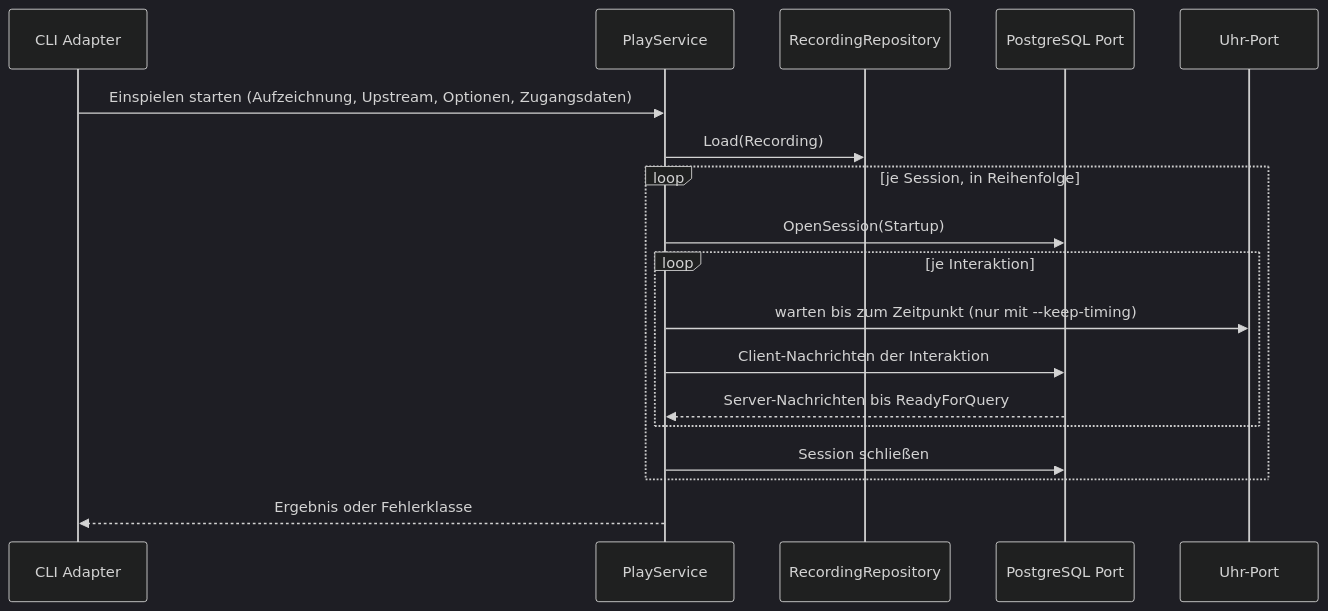
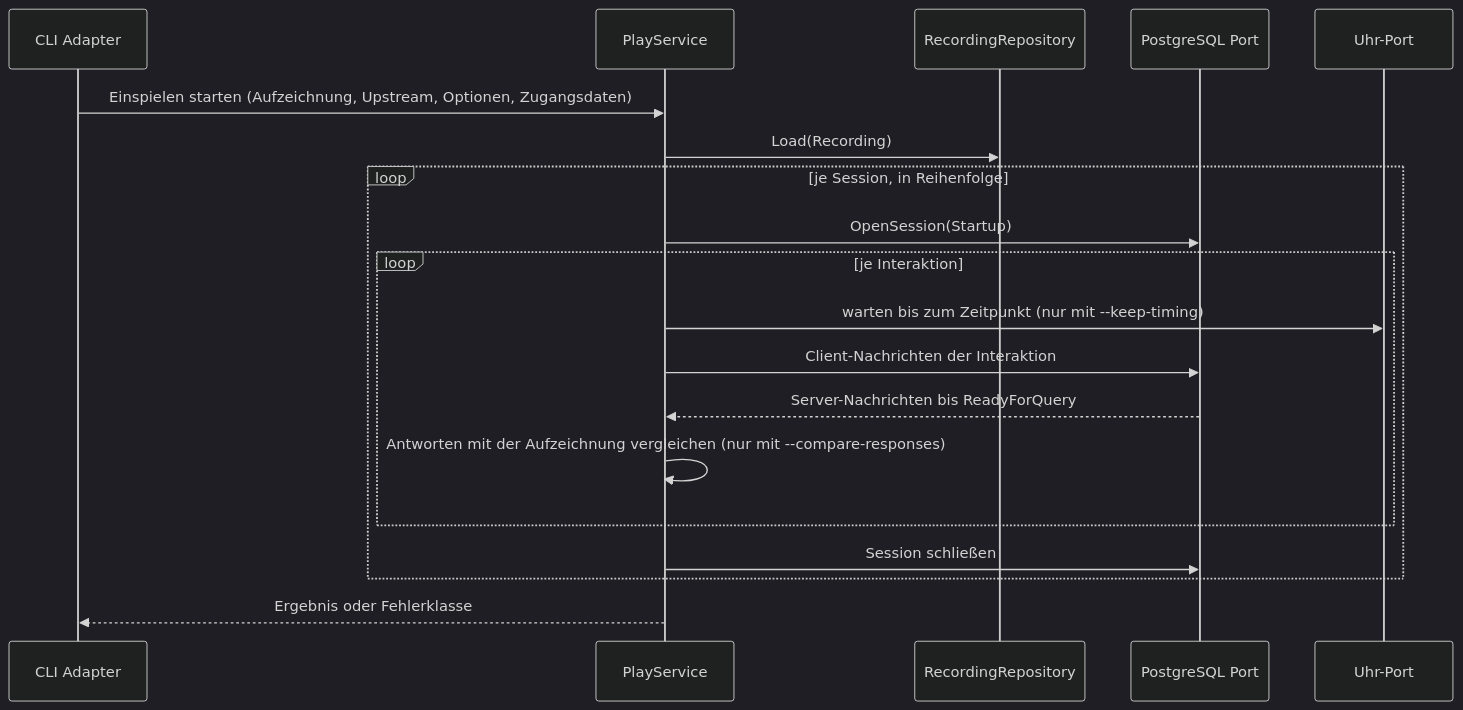
Before and after one commit to pt9912/pgwire-recorder: the fourth of 8 diagrams in spec/architecture.md, drawn with Mermaid (dark theme). The commit also changed other lines of this file, not shown here.

First line of the commit message:
Architektur: TLS am PGWire-Adapter, Konfiguration in der CLI, Antwortvergleich im Play-Service (LH-FA-23, LH-FA-24)

````diff
--- a/spec/architecture.md
+++ b/spec/architecture.md
@@ -327,20 +327,21 @@
 ```mermaid
 sequenceDiagram
     participant CLI as CLI Adapter
     participant Play as PlayService
     participant Repo as RecordingRepository
     participant PG as PostgreSQL Port
     participant Clock as Uhr-Port
     CLI->>Play: Einspielen starten (Aufzeichnung, Upstream, Optionen, Zugangsdaten)
     Play->>Repo: Load(Recording)
     loop je Session, in Reihenfolge
         Play->>PG: OpenSession(Startup)
         loop je Interaktion
             Play->>Clock: warten bis zum Zeitpunkt (nur mit --keep-timing)
             Play->>PG: Client-Nachrichten der Interaktion
             PG-->>Play: Server-Nachrichten bis ReadyForQuery
+            Play->>Play: Antworten mit der Aufzeichnung vergleichen (nur mit --compare-responses)
         end
         Play->>PG: Session schließen
     end
     Play-->>CLI: Ergebnis oder Fehlerklasse
 ```
````
